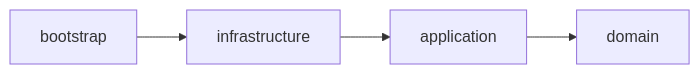
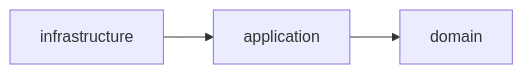
Before and after one commit to jcondotta/banking-system: the diagram in recipients/README.md, drawn with Mermaid. The commit also changed other lines of this file and 159 other files, not shown here.

````diff
--- a/recipients/README.md
+++ b/recipients/README.md
@@ -65,11 +71,9 @@
 ```mermaid
 flowchart LR
-    Bootstrap["bootstrap"]
     Infrastructure["infrastructure"]
     Application["application"]
     Domain["domain"]
 
-    Bootstrap --> Infrastructure
     Infrastructure --> Application
     Application --> Domain
 ```
````
